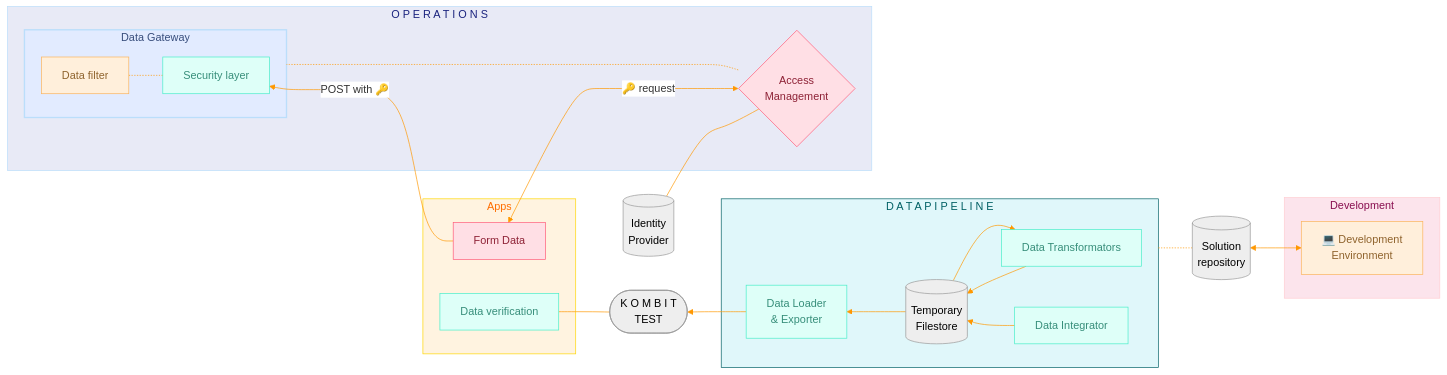
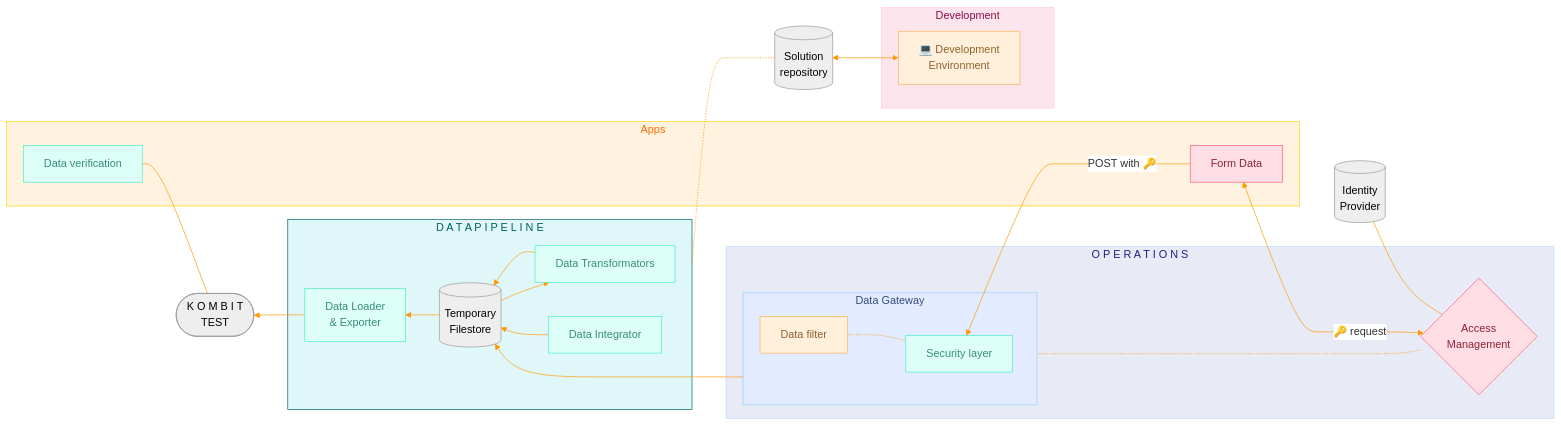
Before and after one commit to OS2sandbox/connector: the first of 2 diagrams in docs/PoC_architecture.md, drawn with Mermaid.

Commit message:
Missing connector fixed
Fixed missing connector into temp storage

````diff
--- a/docs/PoC_architecture.md
+++ b/docs/PoC_architecture.md
@@ -11,75 +11,76 @@
 ```mermaid
 ---
 config:
   theme: base
   themeVariables:
     primaryColor: '#FFFFFF'
     lineColor: '#FF9800'
 ---
 flowchart RL
  subgraph Datapipeline["D A T A  P I P E L I N E"]
         n12["Data Transformators"]
         n10["Data Integrator"]
         DL["Data Loader <br>&amp; Exporter"]
         ST[("Temporary<br>Filestore")]
   end
  subgraph datagw["Data Gateway"]
         nginx["Security layer<br>"]
         lua["Data filter<br>"]
   end
  subgraph Services["O P E R A T I O N S"]
         datagw
         id{"Access<br>Management"}
   end
  subgraph Apps["Apps"]
         s3["Form Data"]
         t1["Data verification"]
   end
  subgraph Development["Development"]
         ide["💻 Development<br>Environment"]
   end
-    %%n15 --> ST
+    datagw ----> ST
     n10 --> ST
     ST --> n12 & DL
     n12 --> ST
     ide <--> opsconf[("Solution<br>repository")]
     id -.- datagw
     opsconf -.- Datapipeline
     id --- IDP[("Identity<br>Provider")]
     DL --> n16(["K O M B I T <br> TEST"])
     id <-- 🔑 request ---> s3
     s3 -- POST with 🔑 ---> nginx
     nginx -.- lua
     n16 --- t1
      n12:::Aqua
      n10:::Sky,Aqua
      n10:::Aqua
      DL:::Aqua
      ST:::Ash
      nginx:::Sky
      nginx:::Aqua
      lua:::Peach
      datagw:::Sky
      id:::Rose
      s3:::Ash
      s3:::Rose
      t1:::Aqua
      ide:::Peach
      opsconf:::Aqua
      opsconf:::Peach
      opsconf:::Ash
      IDP:::Ash
      n16:::Ash
     classDef default fill:#f9f9f9,stroke:#333,stroke-width:2px
     classDef Sky fill:#E2EBFF,stroke:#374D7C,color:#374D7C,stroke-width:2px
     classDef Rose stroke-width:1px, stroke-dasharray:none, stroke:#FF5978, fill:#FFDFE5, color:#8E2236
     classDef Yellow fill:#FFFACD,stroke:#FFD700,color:#000000,stroke-width:2px
     classDef Peach stroke-width:1px, stroke-dasharray:none, stroke:#FBB35A, fill:#FFEFDB, color:#8F632D
     classDef Ash stroke-width:1px, stroke-dasharray:none, stroke:#999999, fill:#EEEEEE, color:#000000
     classDef Aqua stroke-width:1px, stroke-dasharray:none, stroke:#46EDC8, fill:#DEFFF8, color:#378E7A
     style datagw stroke:#BBDEFB
     style Datapipeline fill:#e0f7fa,stroke:#006064,color:#006064
     style Apps fill:#fff3e0,stroke:#FFD600,color:#FF6D00
     style Services fill:#e8eaf6,stroke:#BBDEFB,color:#1a237e
     style Development fill:#fce4ec,stroke:#FFCDD2,color:#880e4f
+
 ```
````
